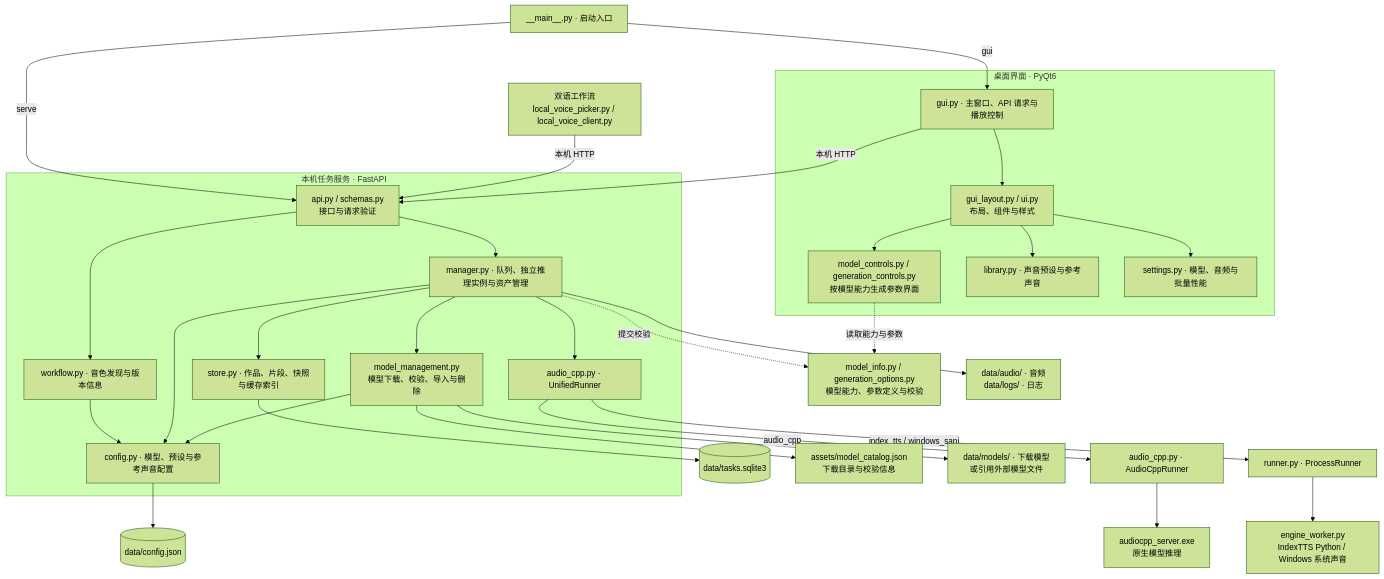
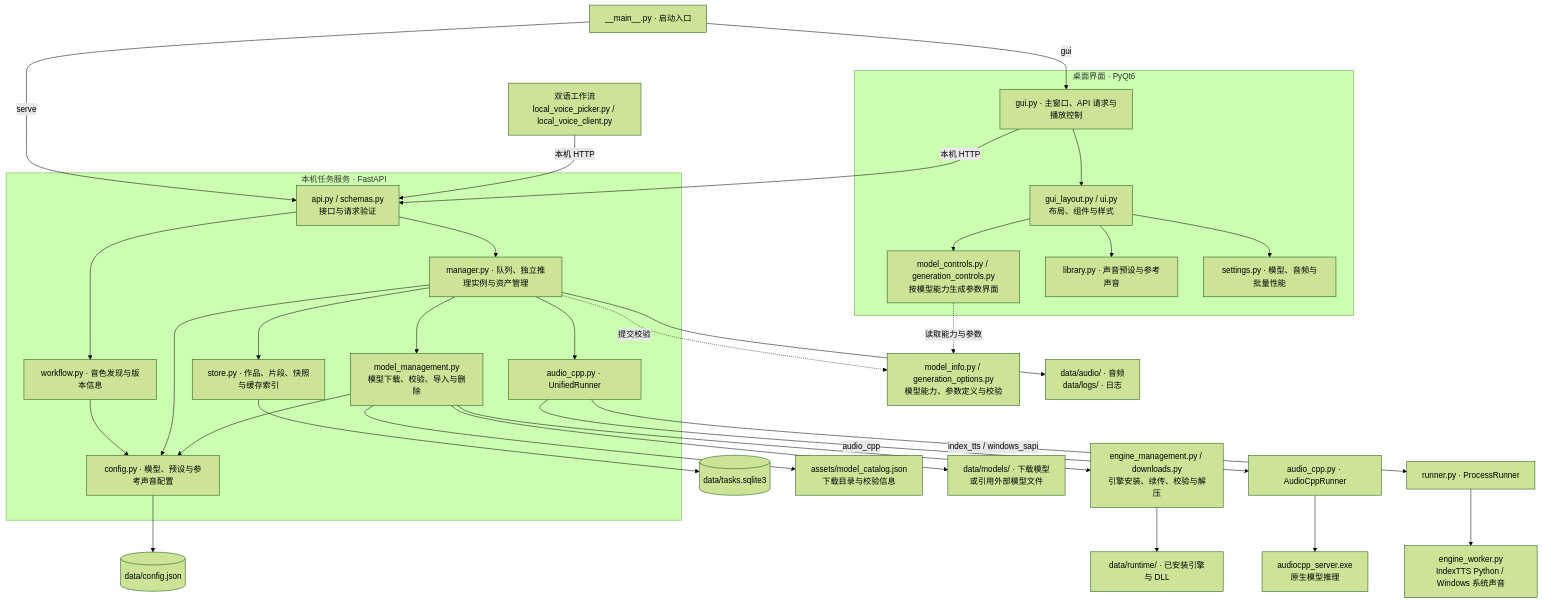
One commit to weizhigao21/shengjian-tts changed the diagram in README.md. Above: the diagram before and after it, drawn with Mermaid (forest theme). The commit also changed other lines of this file and 25 other files, not shown here.

````diff
--- a/README.md
+++ b/README.md
@@ -198,62 +209,66 @@
 ```mermaid
 flowchart TB
     ENTRY["__main__.py · 启动入口"]
     WORKFLOW["双语工作流<br/>local_voice_picker.py / local_voice_client.py"]
 
     subgraph UI["桌面界面 · PyQt6"]
         GUI["gui.py · 主窗口、API 请求与播放控制"]
         LAYOUT["gui_layout.py / ui.py<br/>布局、组件与样式"]
         CONTROLS["model_controls.py / generation_controls.py<br/>按模型能力生成参数界面"]
         LIBRARY["library.py · 声音预设与参考声音"]
         SETTINGS["settings.py · 模型、音频与批量性能"]
         GUI --> LAYOUT
         LAYOUT --> CONTROLS
         LAYOUT --> LIBRARY
         LAYOUT --> SETTINGS
     end
 
     subgraph SERVICE["本机任务服务 · FastAPI"]
         API["api.py / schemas.py<br/>接口与请求验证"]
         DISCOVERY["workflow.py · 音色发现与版本信息"]
         MANAGER["manager.py · 队列、独立推理实例与资产管理"]
         STORE["store.py · 作品、片段、快照与缓存索引"]
         CONFIG["config.py · 模型、预设与参考声音配置"]
         MODELS["model_management.py<br/>模型下载、校验、导入与删除"]
         RUNNER["audio_cpp.py · UnifiedRunner"]
         API --> MANAGER
         API --> DISCOVERY
         DISCOVERY --> CONFIG
         MANAGER --> STORE
         MANAGER --> CONFIG
         MANAGER --> MODELS
         MANAGER --> RUNNER
         MODELS --> CONFIG
     end
 
     SPEC["model_info.py / generation_options.py<br/>模型能力、参数定义与校验"]
     NATIVE["audio_cpp.py · AudioCppRunner"]
     PYTHON["runner.py · ProcessRunner"]
     EXE["audiocpp_server.exe<br/>原生模型推理"]
     WORKER["engine_worker.py<br/>IndexTTS Python / Windows 系统声音"]
     DB[("data/tasks.sqlite3")]
     JSON[("data/config.json")]
     FILES["data/audio/ · 音频<br/>data/logs/ · 日志"]
     CATALOG["assets/model_catalog.json<br/>下载目录与校验信息"]
     WEIGHTS["data/models/ · 下载模型<br/>或引用外部模型文件"]
+    ENGINES["engine_management.py / downloads.py<br/>引擎安装、续传、校验与解压"]
+    RUNTIME["data/runtime/ · 已安装引擎与 DLL"]
 
     ENTRY -->|gui| GUI
     ENTRY -->|serve| API
     GUI -->|本机 HTTP| API
     WORKFLOW -->|本机 HTTP| API
     CONTROLS -.->|读取能力与参数| SPEC
     MANAGER -.->|提交校验| SPEC
     RUNNER -->|audio_cpp| NATIVE
     RUNNER -->|index_tts / windows_sapi| PYTHON
     NATIVE --> EXE
     PYTHON --> WORKER
     STORE --> DB
     CONFIG --> JSON
     MANAGER --> FILES
     MODELS --> CATALOG
     MODELS --> WEIGHTS
+    MODELS --> ENGINES
+    ENGINES --> RUNTIME
 ```
````
